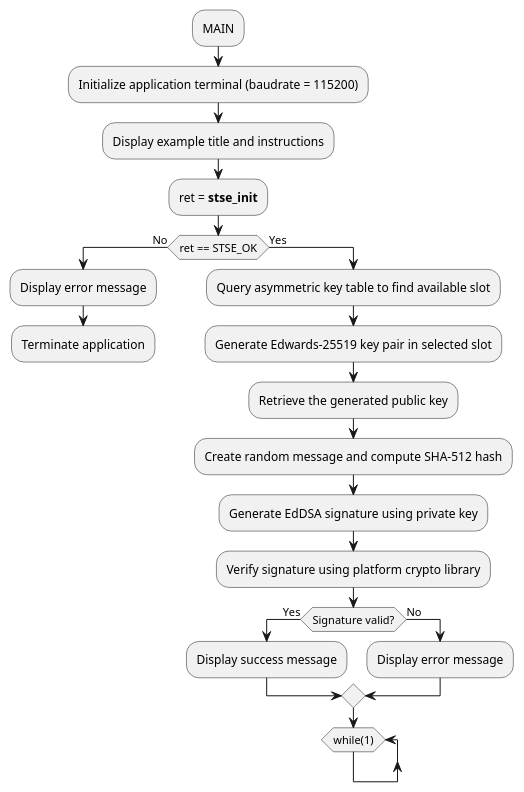
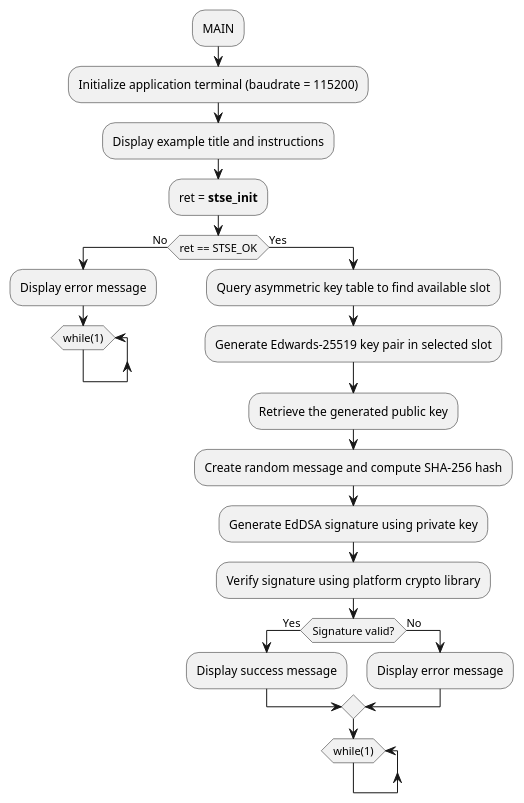
One commit to Grom-perso/STSAFE-A120_examples_dev changed the diagram in Documentation/resources/Markdown/03_Project_examples_description/Key_pair_generation_EDWARDS_25519/STSAFE-A120_Key_pair_generation_EDWARDS_25519.md. Above: the diagram before and after it, drawn with PlantUML. The commit also changed other lines of this file and 54 other files, not shown here.

```diff
--- a/Documentation/resources/Markdown/03_Project_examples_description/Key_pair_generation_EDWARDS_25519/STSAFE-A120_Key_pair_generation_EDWARDS_25519.md
+++ b/Documentation/resources/Markdown/03_Project_examples_description/Key_pair_generation_EDWARDS_25519/STSAFE-A120_Key_pair_generation_EDWARDS_25519.md
@@ -13,28 +13,29 @@
-@startuml{Key_pair_generation_EDWARDS_25519_flowchart.png} "Edwards-25519 Key Pair Generation flowchart" width=5cm
+@startuml "Edwards-25519 Key Pair Generation flowchart" width=5cm
 	:MAIN;
 	:Initialize application terminal (baudrate = 115200);
 	:Display example title and instructions;
 	:ret = <b>stse_init</b>;
 	if(ret == STSE_OK) then (No)
 	:Display error message;
-	:Terminate application;
+	while (while(1))
+	end while
 	-[hidden]->
 	detach
 	else (Yes)
 	:Query asymmetric key table to find available slot;
 	:Generate Edwards-25519 key pair in selected slot;
 	:Retrieve the generated public key;
-	:Create random message and compute SHA-512 hash;
+	:Create random message and compute SHA-256 hash;
 	:Generate EdDSA signature using private key;
 	:Verify signature using platform crypto library;
 	if(Signature valid?) then (Yes)
 	:Display success message;
 	else (No)
 	:Display error message;
 	endif
 	while (while(1))
 	end while
 	-[hidden]->
 	detach
 	endif
 @enduml
```
